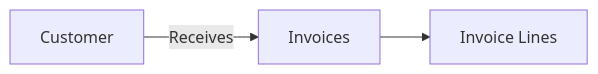
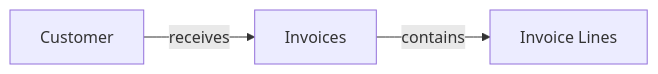
The second of 2 diagrams in guides/customers.mdx (Pollinate-Core/docs), drawn with Mermaid before and after one commit. The commit also changed other lines of this file and 7 other files, not shown here.

````diff
--- a/guides/customers.mdx
+++ b/guides/customers.mdx
@@ -119,5 +207,5 @@
 ```mermaid
 graph LR
-    A[Customer] -->|Receives| B[Invoices]
-    B --> C[Invoice Lines]
+    A[Customer] -->|receives| B[Invoices]
+    B -->|contains| C[Invoice Lines]
 ```
````
